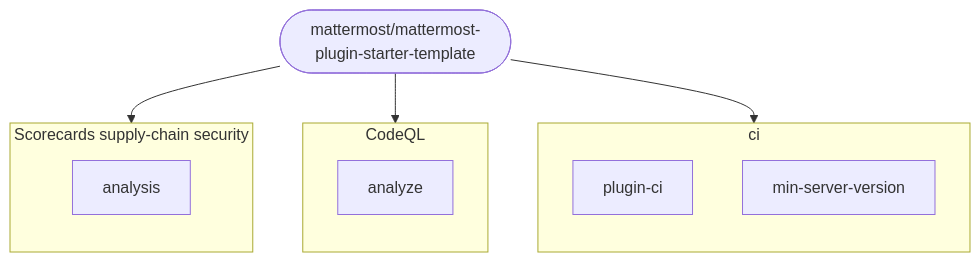
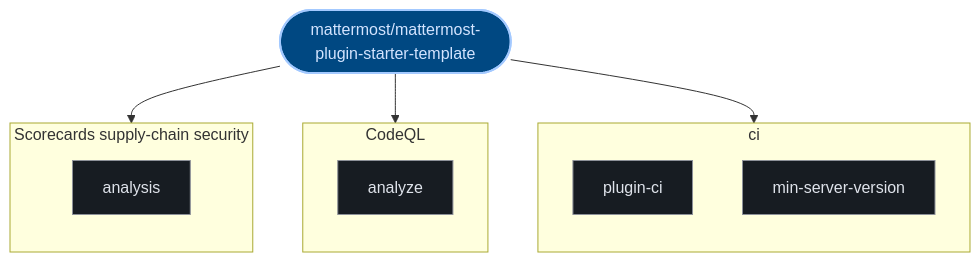
One commit to kumarshaz/atruss-code-atlas changed the second of 2 diagrams in exports/latest/reports/mattermost-mattermost-plugin-starter-template-report.md. Above: the diagram before and after it, drawn with Mermaid. The commit also changed other lines of this file and 331 other files, not shown here.

Commit message:
docs,ui,fix: update SDLC docs, reorder CI/CD DAG first, stylize Mermaid, and fix Arc42 pipeline topology

````diff
--- a/exports/latest/reports/mattermost-mattermost-plugin-starter-template-report.md
+++ b/exports/latest/reports/mattermost-mattermost-plugin-starter-template-report.md
@@ -159,20 +166,27 @@
 ```mermaid
 graph TD;
-  pipeline_root(["mattermost/mattermost-plugin-starter-template"])
+  classDef atlasRoot fill:#004882,stroke:#a3c9ff,stroke-width:2px,color:#d3e4ff
+  classDef atlasCategory fill:#212428,stroke:#E87A48,stroke-width:1.5px,color:#dfe3eb
+  classDef atlasWorkflow fill:#1b2026,stroke:#a3c9ff,stroke-width:1.5px,color:#dfe3eb
+  classDef atlasJob fill:#171c22,stroke:#8d9199,stroke-width:1px,color:#dfe3eb
+  classDef atlasTarget fill:#005227,stroke:#8bd99b,stroke-width:1.5px,color:#a7f6b6
+  classDef atlasAlert fill:#93000a,stroke:#ffb4ab,stroke-width:1.5px,color:#ffdad6
+  classDef atlasMore fill:#252a31,stroke:#8d9199,stroke-dasharray:4 4,color:#c3c6cf
+  pipeline_root(["mattermost/mattermost-plugin-starter-template"]):::atlasRoot
   subgraph ci_0["ci"]
     direction TB
-    0_plugin_ci["plugin-ci"]
-    0_min_server_version["min-server-version"]
+    0_plugin_ci["plugin-ci"]:::atlasJob
+    0_min_server_version["min-server-version"]:::atlasJob
   end
   pipeline_root --> 0_plugin_ci
   subgraph CodeQL_1["CodeQL"]
     direction TB
-    1_analyze["analyze"]
+    1_analyze["analyze"]:::atlasJob
   end
   pipeline_root --> 1_analyze
   subgraph Scorecards_supply_chain_security_2["Scorecards supply-chain security"]
     direction TB
-    2_analysis["analysis"]
+    2_analysis["analysis"]:::atlasJob
   end
   pipeline_root --> 2_analysis
 ```
````
